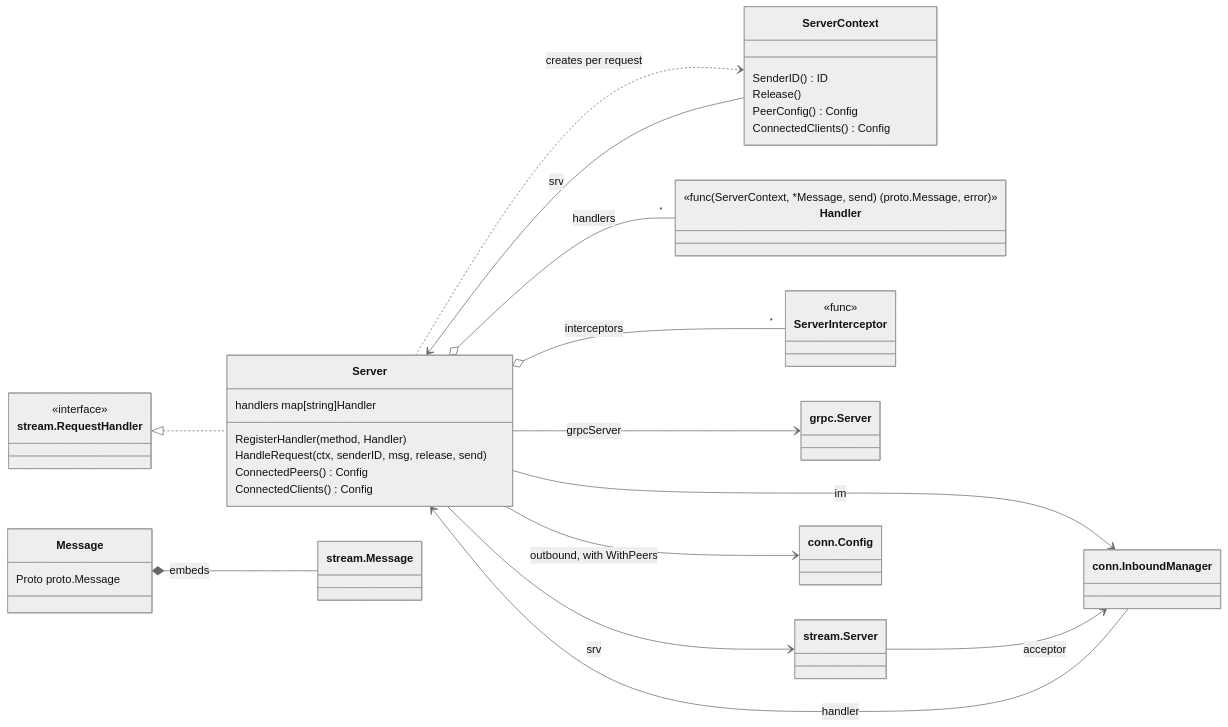
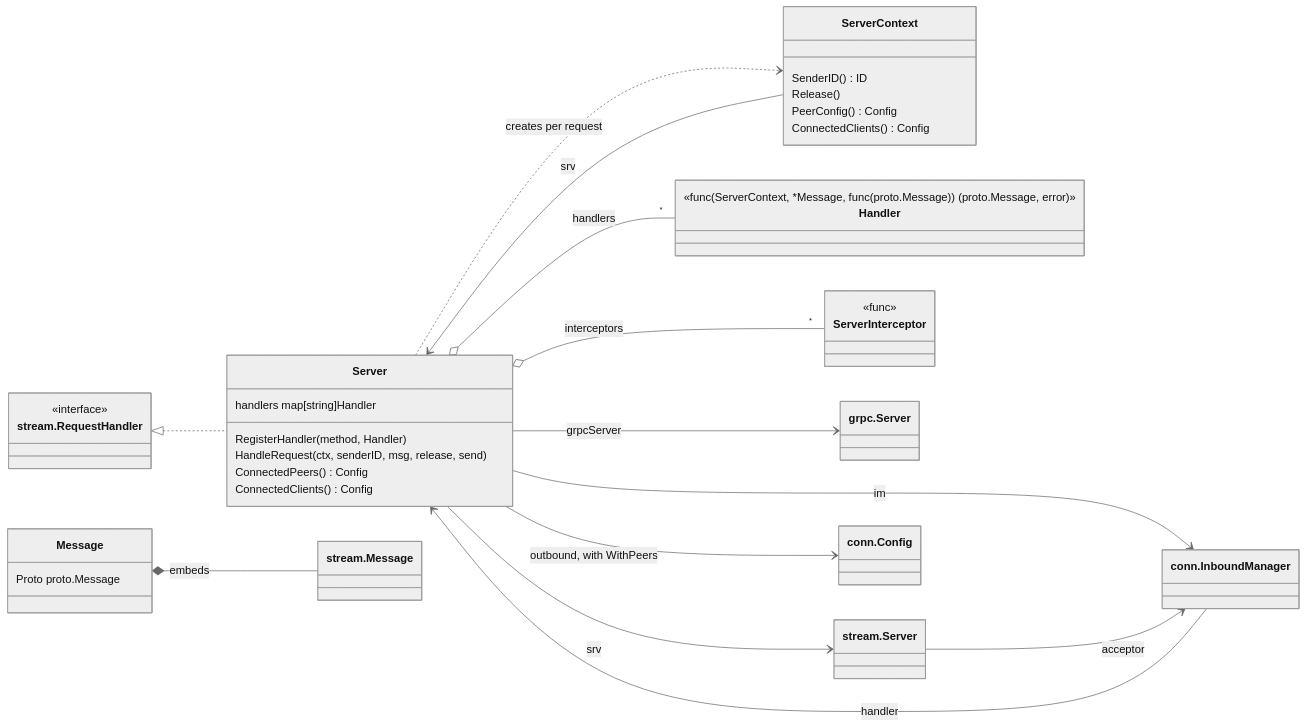
One commit to relab/gorums changed the ninth of 10 diagrams in doc/dev-guide.md. Above: the diagram before and after it, drawn with Mermaid (neutral theme). The commit also changed other lines of this file and 3 other files, not shown here.

````diff
--- a/doc/dev-guide.md
+++ b/doc/dev-guide.md
@@ -663,47 +663,47 @@
 ```mermaid
 classDiagram
     direction LR
     class Server {
         handlers map[string]Handler
         RegisterHandler(method, Handler)
         HandleRequest(ctx, senderID, msg, release, send)
         ConnectedPeers() Config
         ConnectedClients() Config
     }
     class ServerContext {
         SenderID() ID
         Release()
         PeerConfig() Config
         ConnectedClients() Config
     }
     class Handler {
-        <<func(ServerContext, *Message, send) (proto.Message, error)>>
+        <<func(ServerContext, *Message, func(proto.Message)) (proto.Message, error)>>
     }
     class ServerInterceptor {
         <<func>>
     }
     class Message {
         Proto proto.Message
     }
     class GRPCServer["grpc.Server"]
     class StreamServer["stream.Server"]
     class StreamMessage["stream.Message"]
     class InboundManager["conn.InboundManager"]
     class ConnConfig["conn.Config"]
     class StreamRequestHandler["stream.RequestHandler"] {
         <<interface>>
     }
 
     Server --> GRPCServer : grpcServer
     Server --> StreamServer : srv
     Server --> InboundManager : im
     Server --> ConnConfig : outbound, with WithPeers
     Server o-- "*" Handler : handlers
     Server o-- "*" ServerInterceptor : interceptors
     StreamRequestHandler <|.. Server
     StreamServer --> InboundManager : acceptor
     InboundManager --> Server : handler
     Server ..> ServerContext : creates per request
     ServerContext --> Server : srv
     Message *-- StreamMessage : embeds
 ```
````
